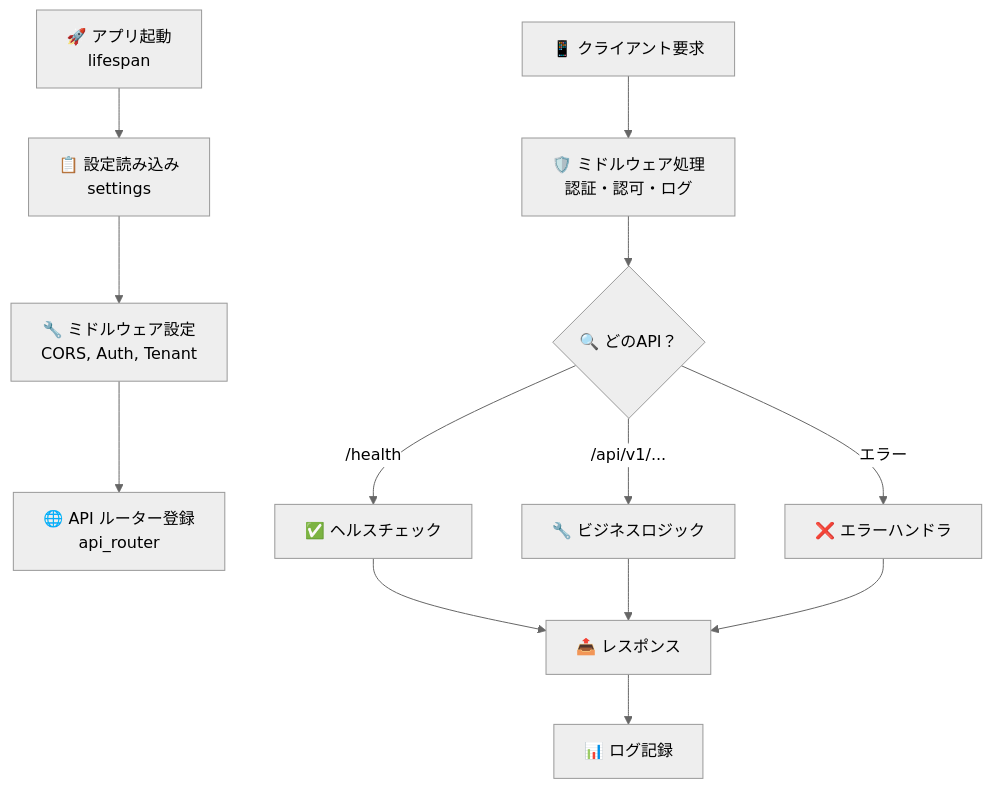
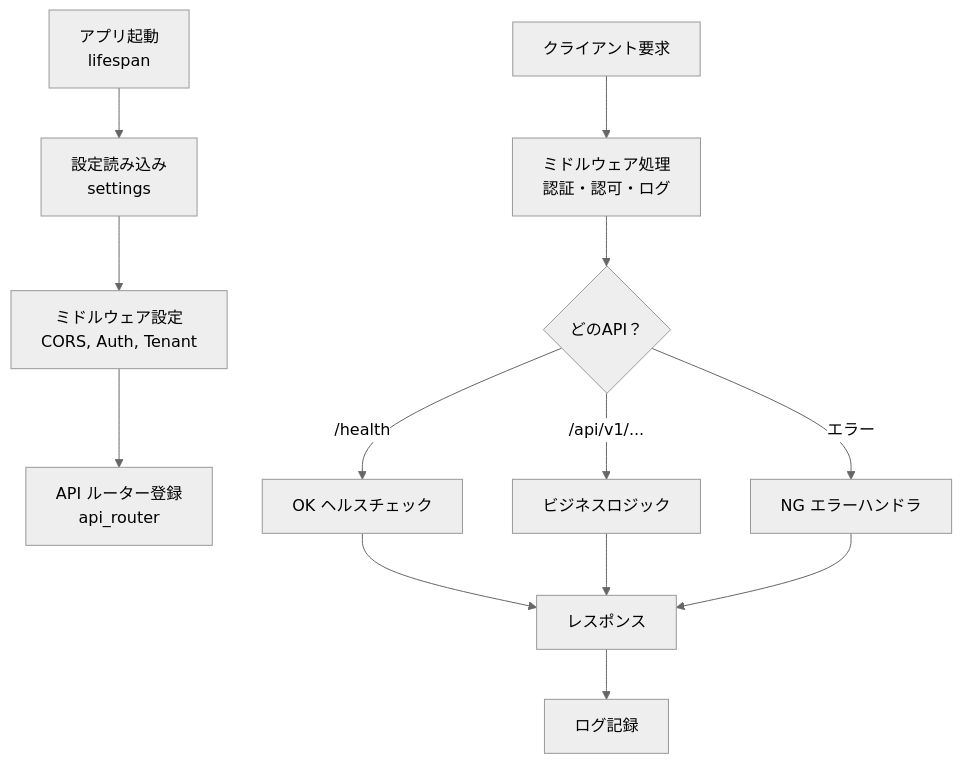
One commit to itdojp/supabase-architecture-patterns-book changed the second of 4 diagrams in docs/chapters/chapter05-1/index.md. Above: the diagram before and after it, drawn with Mermaid (neutral theme). The commit also changed other lines of this file and 49 other files, not shown here.

````diff
--- a/docs/chapters/chapter05-1/index.md
+++ b/docs/chapters/chapter05-1/index.md
@@ -399,17 +399,17 @@
 ```mermaid
 flowchart TD
-    A[🚀 アプリ起動<br/>lifespan] --> B[📋 設定読み込み<br/>settings]
-    B --> C[🔧 ミドルウェア設定<br/>CORS, Auth, Tenant]
-    C --> D[🌐 API ルーター登録<br/>api_router]
+    A[ アプリ起動<br/>lifespan] --> B[ 設定読み込み<br/>settings]
+    B --> C[ ミドルウェア設定<br/>CORS, Auth, Tenant]
+    C --> D[ API ルーター登録<br/>api_router]
     
-    E[📱 クライアント要求] --> F[🛡️ ミドルウェア処理<br/>認証・認可・ログ]
-    F --> G{🔍 どのAPI？}
-    G -->|/health| H[✅ ヘルスチェック]
-    G -->|/api/v1/...| I[🔧 ビジネスロジック]
-    G -->|エラー| J[❌ エラーハンドラ]
+    E[ クライアント要求] --> F[ ミドルウェア処理<br/>認証・認可・ログ]
+    F --> G{ どのAPI？}
+    G -->|/health| H[OK ヘルスチェック]
+    G -->|/api/v1/...| I[ ビジネスロジック]
+    G -->|エラー| J[NG エラーハンドラ]
     
-    H --> K[📤 レスポンス]
+    H --> K[ レスポンス]
     I --> K
     J --> K
-    K --> L[📊 ログ記録]
+    K --> L[ ログ記録]
 ```
````
